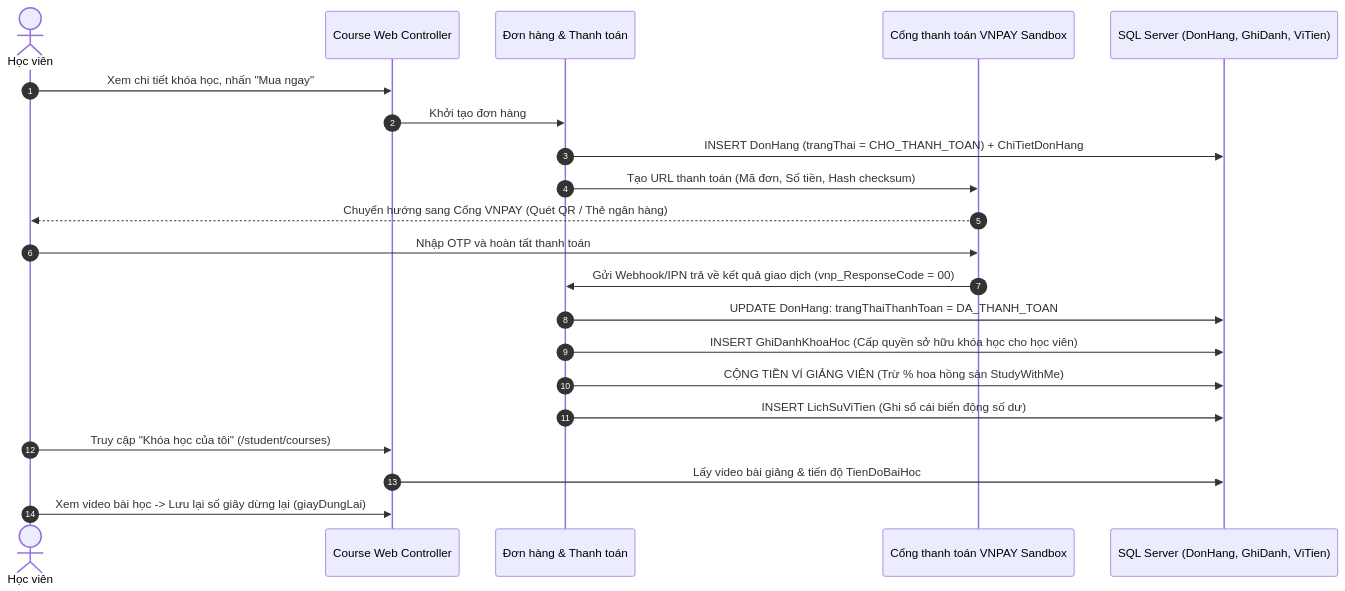
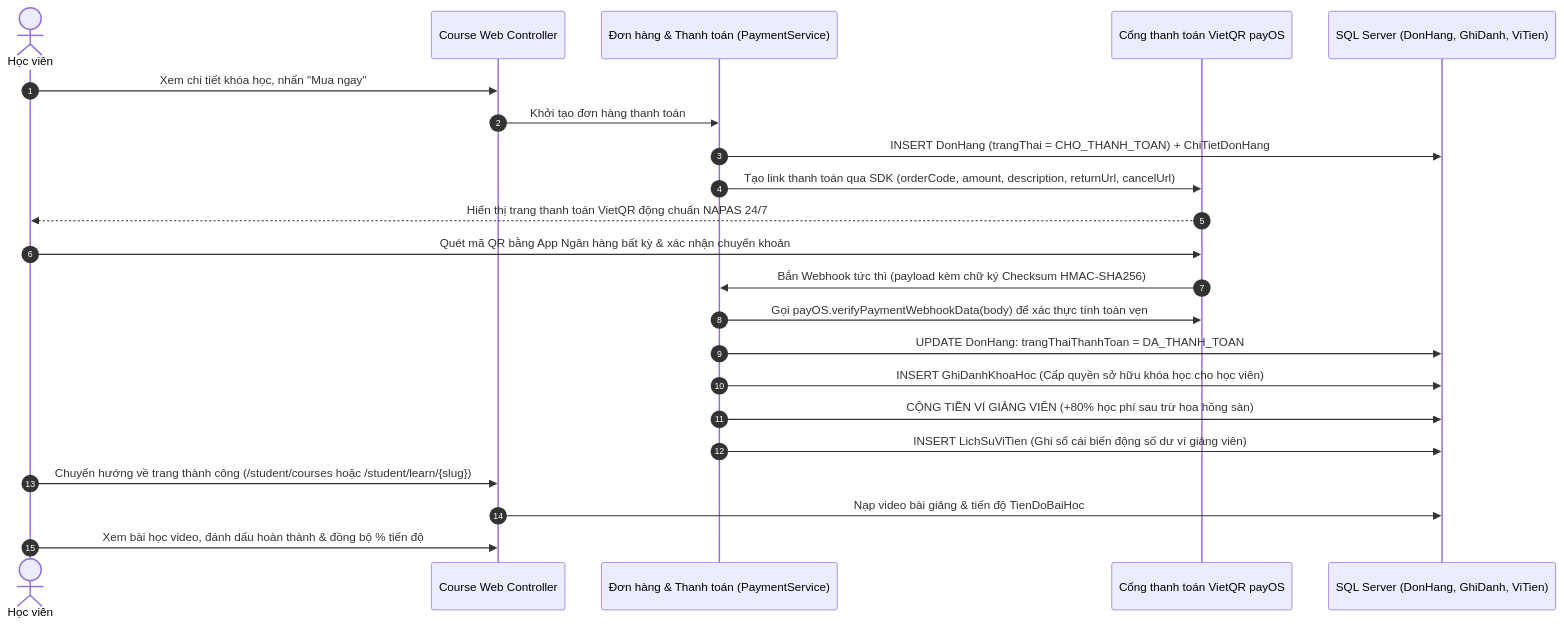
Before and after one commit to ra1nee1409/StudyWithMe: the fifth of 7 diagrams in KIEN_TRUC_WORKFLOW_VA_CSDL.md, drawn with Mermaid. The commit also changed other lines of this file and 3 other files, not shown here.

Commit message:
docs: cap nhat tai lieu kien truc va ke hoach tich hop cong thanh toan payos thay cho sandbox

````diff
--- a/KIEN_TRUC_WORKFLOW_VA_CSDL.md
+++ b/KIEN_TRUC_WORKFLOW_VA_CSDL.md
@@ -241,26 +241,27 @@
 ```mermaid
 sequenceDiagram
     autonumber
     actor Student as Học viên
     participant Web as Course Web Controller
-    participant OrderSvc as Đơn hàng & Thanh toán
-    participant VNPAY as Cổng thanh toán VNPAY Sandbox
+    participant OrderSvc as Đơn hàng & Thanh toán (PaymentService)
+    participant payOS as Cổng thanh toán VietQR payOS
     participant DB as SQL Server (DonHang, GhiDanh, ViTien)
 
     Student->>Web: Xem chi tiết khóa học, nhấn "Mua ngay"
-    Web->>OrderSvc: Khởi tạo đơn hàng
+    Web->>OrderSvc: Khởi tạo đơn hàng thanh toán
     OrderSvc->>DB: INSERT DonHang (trangThai = CHO_THANH_TOAN) + ChiTietDonHang
-    OrderSvc->>VNPAY: Tạo URL thanh toán (Mã đơn, Số tiền, Hash checksum)
-    VNPAY-->>Student: Chuyển hướng sang Cổng VNPAY (Quét QR / Thẻ ngân hàng)
-    Student->>VNPAY: Nhập OTP và hoàn tất thanh toán
-    VNPAY->>OrderSvc: Gửi Webhook/IPN trả về kết quả giao dịch (vnp_ResponseCode = 00)
+    OrderSvc->>payOS: Tạo link thanh toán qua SDK (orderCode, amount, description, returnUrl, cancelUrl)
+    payOS-->>Student: Hiển thị trang thanh toán VietQR động chuẩn NAPAS 24/7
+    Student->>payOS: Quét mã QR bằng App Ngân hàng bất kỳ & xác nhận chuyển khoản
+    payOS->>OrderSvc: Bắn Webhook tức thì (payload kèm chữ ký Checksum HMAC-SHA256)
+    OrderSvc->>payOS: Gọi payOS.verifyPaymentWebhookData(body) để xác thực tính toàn vẹn
     
     OrderSvc->>DB: UPDATE DonHang: trangThaiThanhToan = DA_THANH_TOAN
     OrderSvc->>DB: INSERT GhiDanhKhoaHoc (Cấp quyền sở hữu khóa học cho học viên)
-    OrderSvc->>DB: CỘNG TIỀN VÍ GIẢNG VIÊN (Trừ % hoa hồng sàn StudyWithMe)
-    OrderSvc->>DB: INSERT LichSuViTien (Ghi sổ cái biến động số dư)
+    OrderSvc->>DB: CỘNG TIỀN VÍ GIẢNG VIÊN (+80% học phí sau trừ hoa hồng sàn)
+    OrderSvc->>DB: INSERT LichSuViTien (Ghi sổ cái biến động số dư ví giảng viên)
     
-    Student->>Web: Truy cập "Khóa học của tôi" (/student/courses)
-    Web->>DB: Lấy video bài giảng & tiến độ TienDoBaiHoc
-    Student->>Web: Xem video bài học -> Lưu lại số giây dừng lại (giayDungLai)
+    Student->>Web: Chuyển hướng về trang thành công (/student/courses hoặc /student/learn/{slug})
+    Web->>DB: Nạp video bài giảng & tiến độ TienDoBaiHoc
+    Student->>Web: Xem bài học video, đánh dấu hoàn thành & đồng bộ % tiến độ
 ```
````
